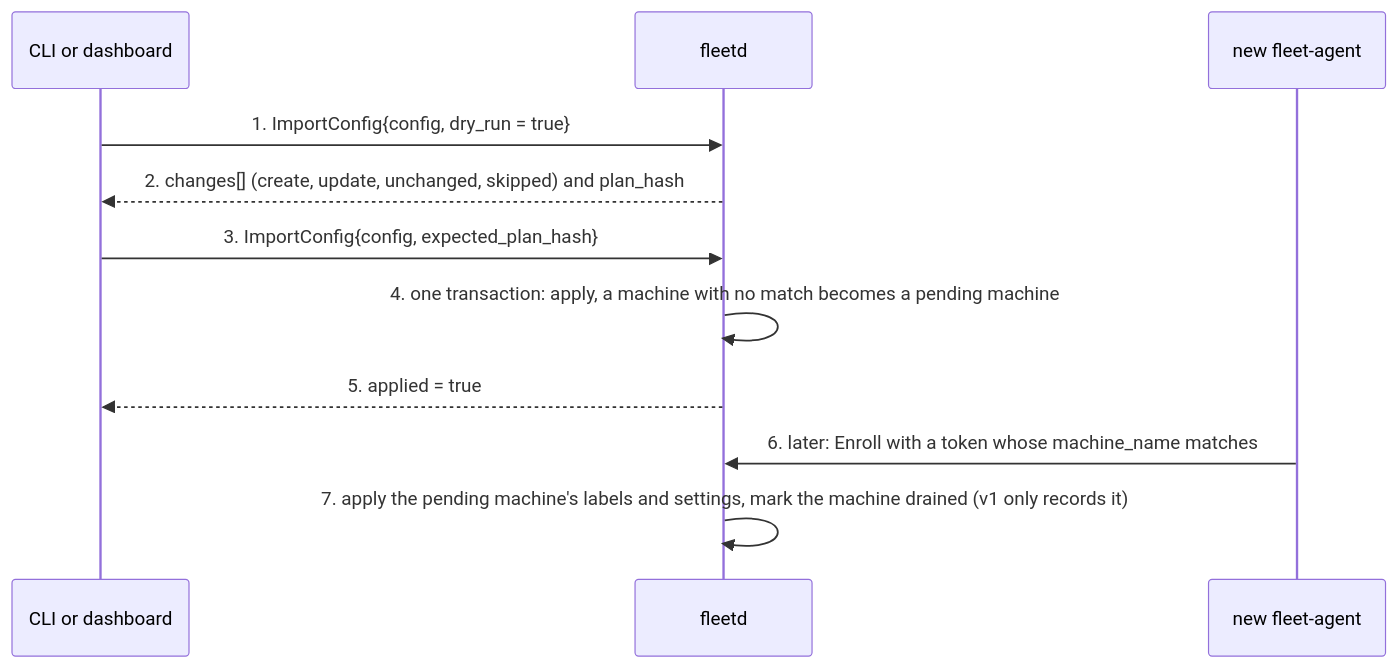
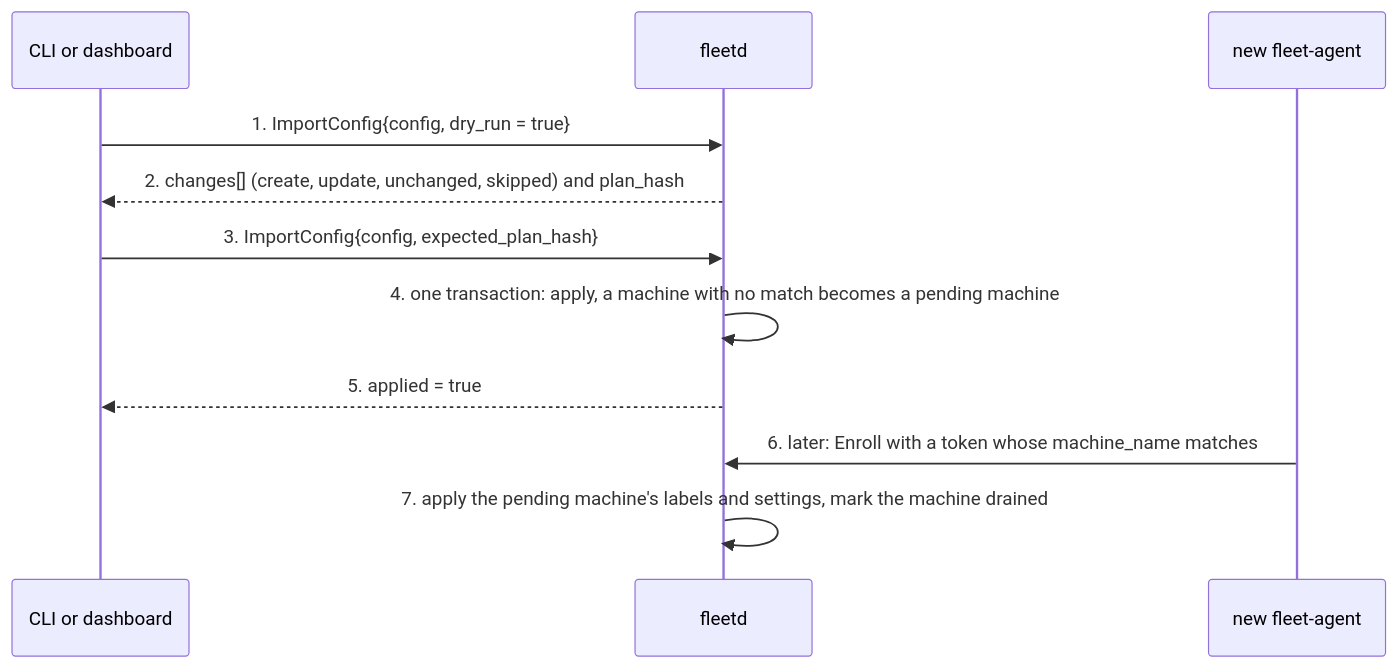
The third of 3 diagrams in docs/flows/dashboard-hub-agent-6.md (linuxdynasty/fleet-board), drawn with Mermaid before and after one commit. The commit also changed other lines of this file and 57 other files, not shown here.

````diff
--- a/docs/flows/dashboard-hub-agent-6.md
+++ b/docs/flows/dashboard-hub-agent-6.md
@@ -78,13 +78,13 @@
 ```mermaid
 sequenceDiagram
   participant C as CLI or dashboard
   participant H as fleetd
   participant A as new fleet-agent
   C->>H: 1. ImportConfig{config, dry_run = true}
   H-->>C: 2. changes[] (create, update, unchanged, skipped) and plan_hash
   C->>H: 3. ImportConfig{config, expected_plan_hash}
   H->>H: 4. one transaction: apply, a machine with no match becomes a pending machine
   H-->>C: 5. applied = true
   A->>H: 6. later: Enroll with a token whose machine_name matches
-  H->>H: 7. apply the pending machine's labels and settings, mark the machine drained (v1 only records it)
+  H->>H: 7. apply the pending machine's labels and settings, mark the machine drained
 ```
````
